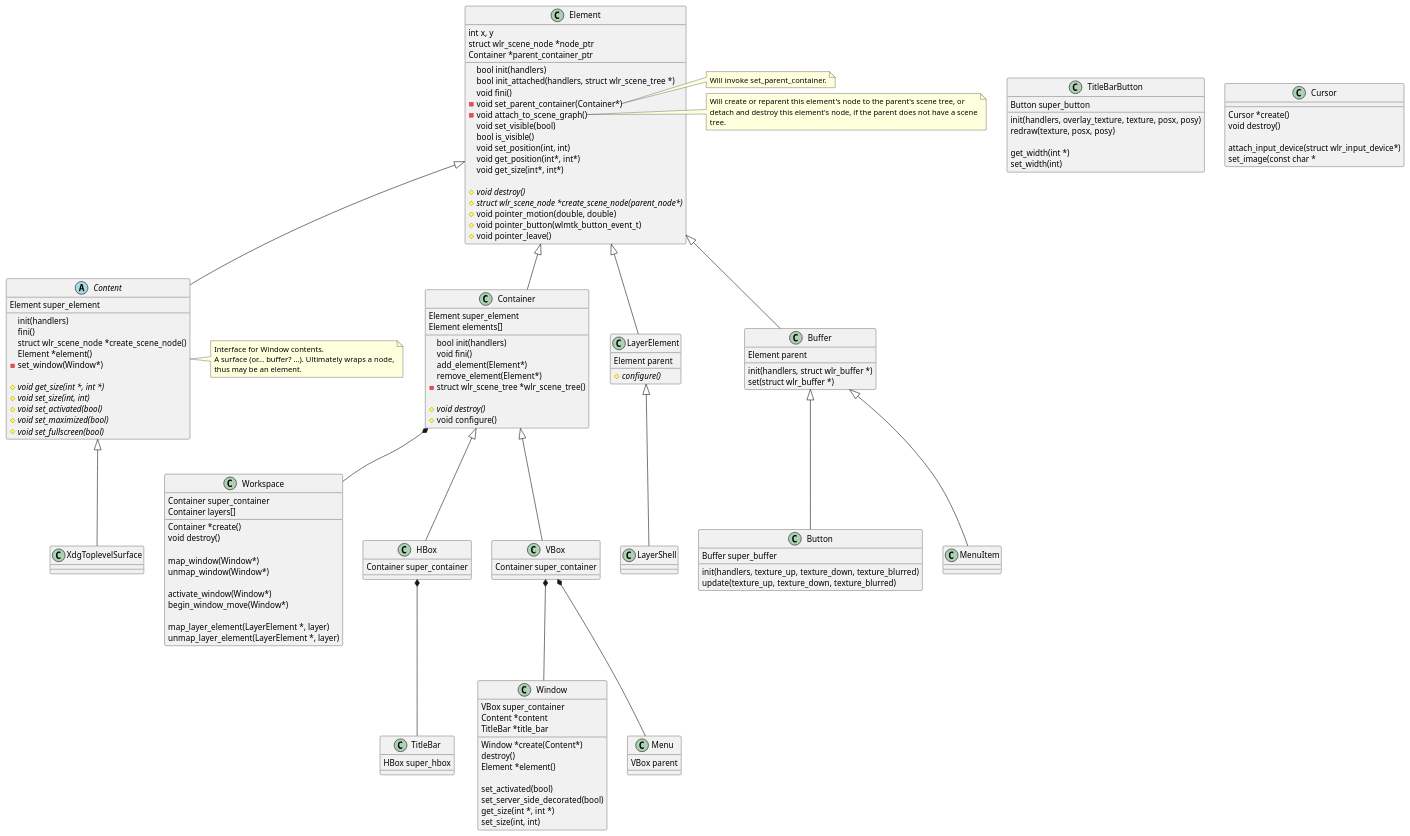
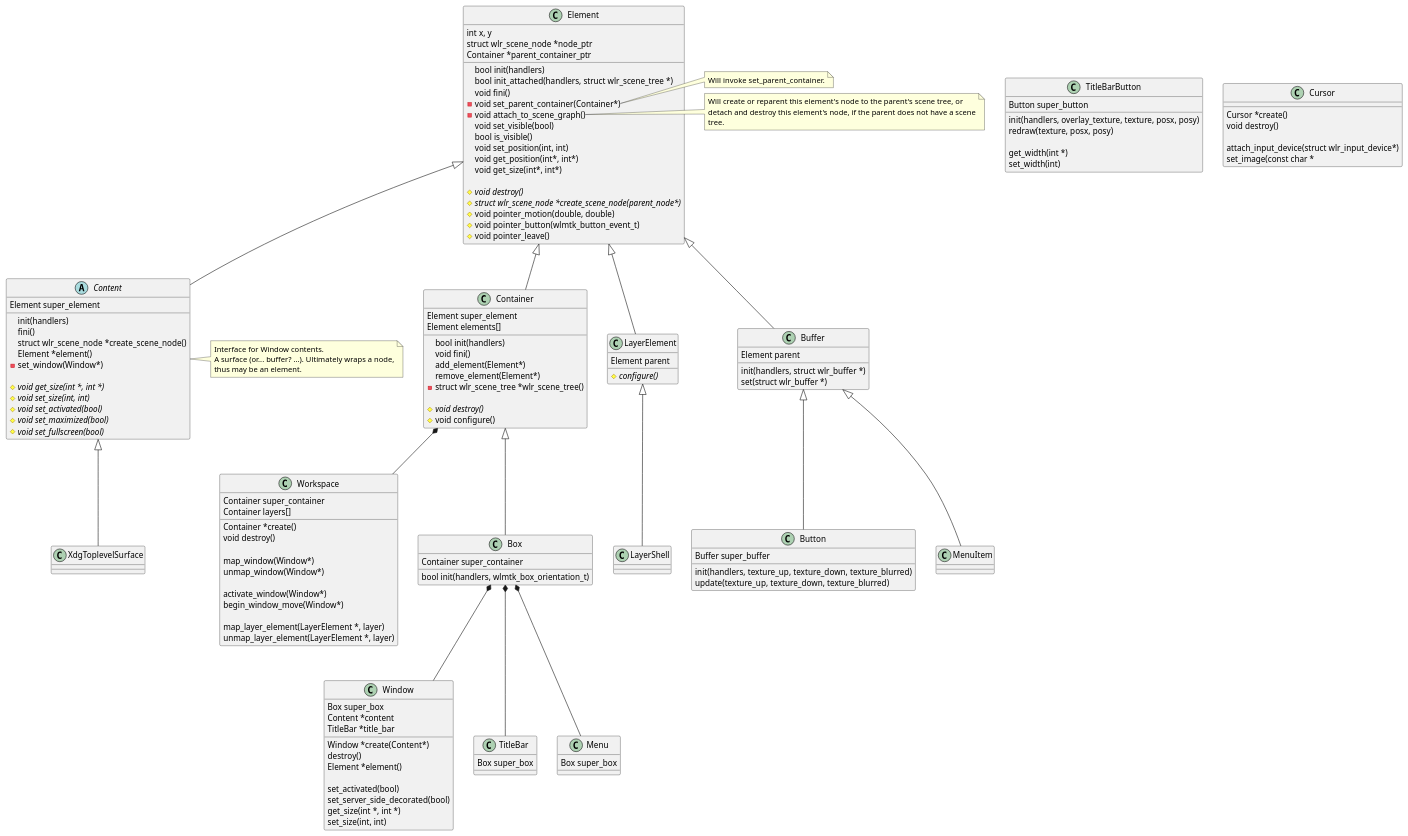
The first of 2 diagrams in src/toolkit/toolkit.md (phkaeser/wlmaker), drawn with PlantUML before and after one commit. The commit also changed 1 other file, not shown here.

Commit message:
Uses Box as base class for workspace.

```diff
--- a/src/toolkit/toolkit.md
+++ b/src/toolkit/toolkit.md
@@ -92,15 +92,12 @@
 }
 Container *-- Workspace
 
-class HBox {
+class Box {
   Container super_container
+
+  bool init(handlers, wlmtk_box_orientation_t)
 }
-Container <|-- HBox
-
-class VBox {
-  Container super_container
-}
-Container <|-- VBox
+Container <|-- Box
 
 abstract class Content {
   Element super_element
@@ -156,7 +153,7 @@
 Buffer <|-- Button
 
 class Window {
-  VBox super_container
+  Box super_box
   Content *content
   TitleBar *title_bar
 
@@ -169,12 +166,12 @@
   get_size(int *, int *)
   set_size(int, int)
 }
-VBox *-- Window
+Box *-- Window
 
 class TitleBar {
-  HBox super_hbox
+  Box super_box
 }
-HBox *-- TitleBar
+Box *-- TitleBar
 
 class TitleBarButton {
   Button super_button
@@ -187,9 +184,9 @@
 }
 
 class Menu {
-  VBox parent
+  Box super_box
 }
-VBox *-- Menu
+Box *-- Menu
 
 class MenuItem {
 
```
